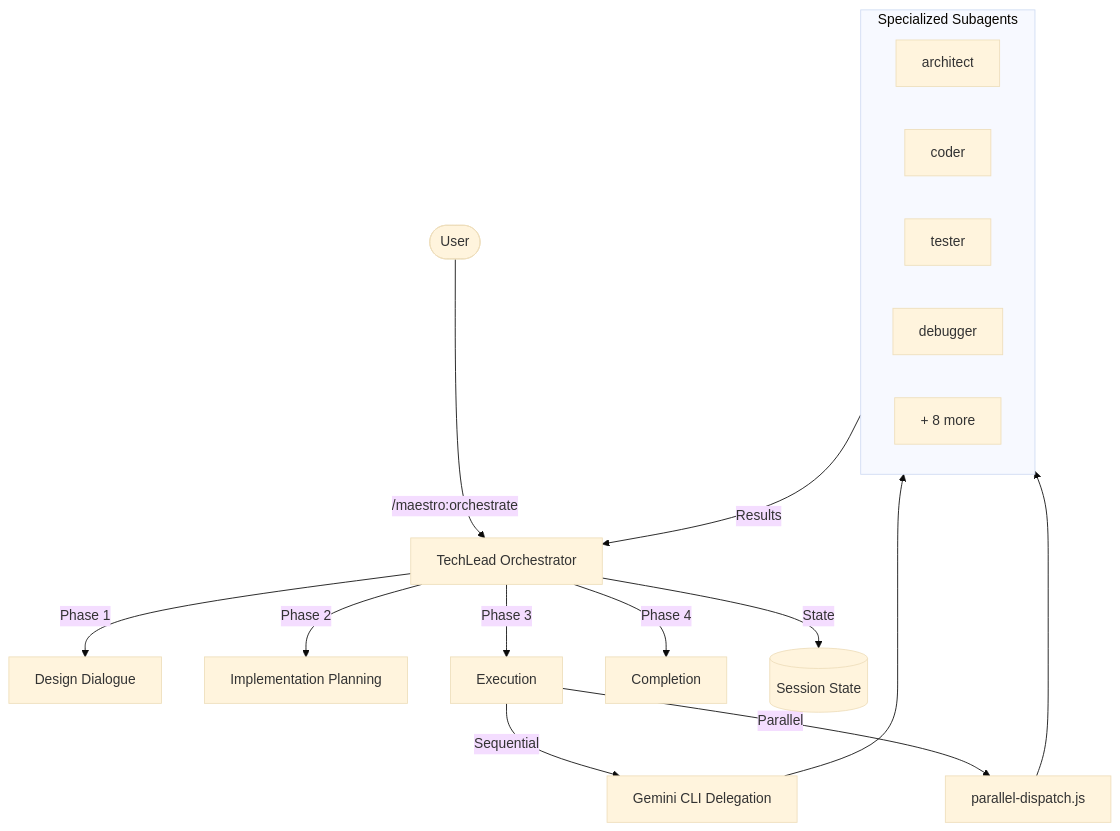
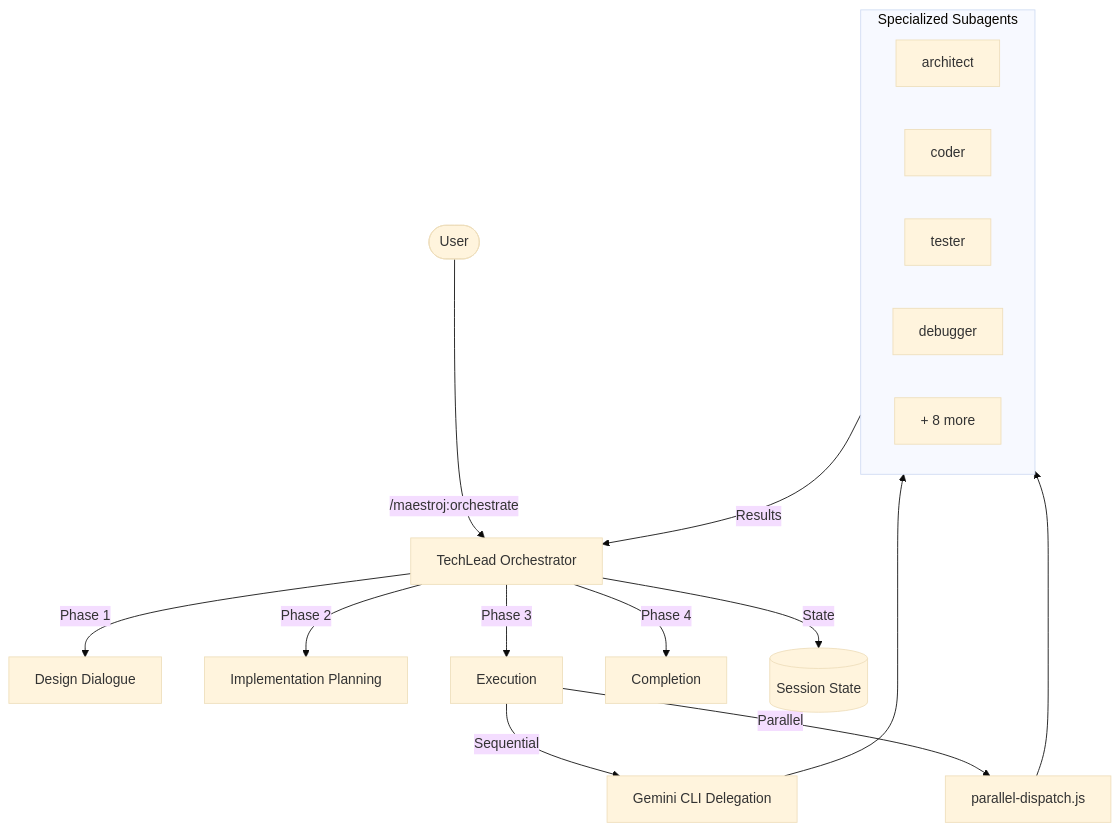
Before and after one commit to j-steve/maestro-jsteve: the diagram in README.md, drawn with Mermaid (base theme). The commit also changed other lines of this file and 18 other files, not shown here.

Commit message:
Rename commands from /maestro to /maestroj

````diff
--- a/README.md
+++ b/README.md
@@ -297,27 +297,27 @@
 ```mermaid
 graph TB
-    User([User]) -->|/maestro:orchestrate| TL[TechLead Orchestrator]
+    User([User]) -->|/maestroj:orchestrate| TL[TechLead Orchestrator]
 
     TL -->|Phase 1| DD[Design Dialogue]
     TL -->|Phase 2| IP[Implementation Planning]
     TL -->|Phase 3| EX[Execution]
     TL -->|Phase 4| CO[Completion]
 
     EX -->|Sequential| DA[Gemini CLI Delegation]
     EX -->|Parallel| PD[parallel-dispatch.js]
 
     DA --> Agents
     PD --> Agents
 
     subgraph Agents [Specialized Subagents]
         direction LR
         A1[architect]
         A2[coder]
         A3[tester]
         A4[debugger]
         A5[+ 8 more]
     end
 
     Agents -->|Results| TL
     TL -->|State| SS[(Session State)]
 ```
````
